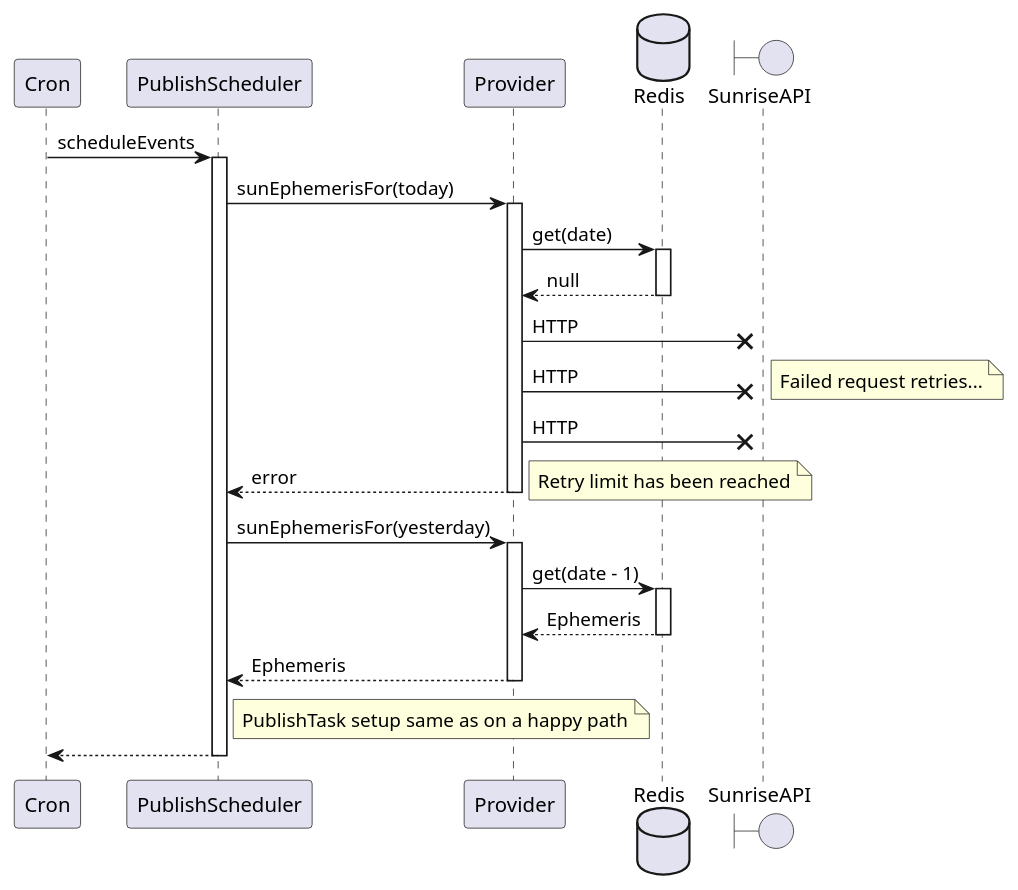
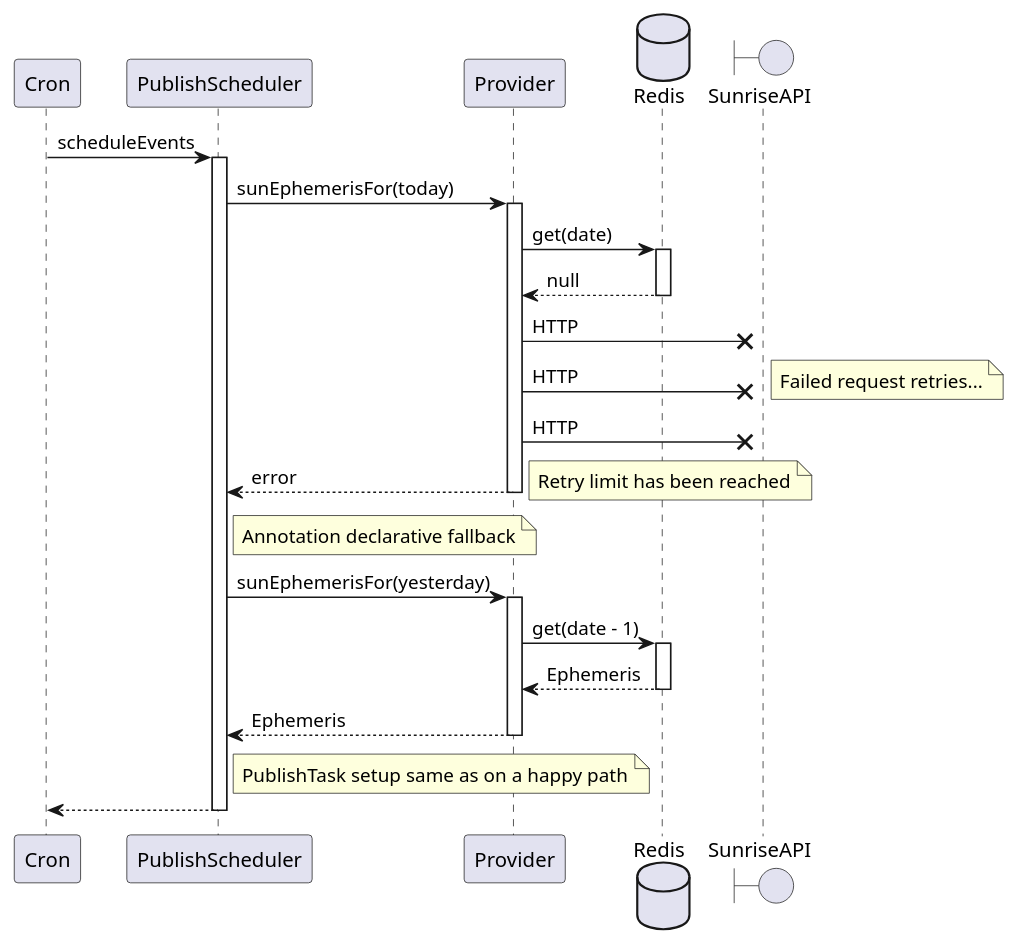
The diagram in etc/seq-alternate.puml (mwierzchowski/sun-ephemeris), drawn with PlantUML before and after one commit.

```diff
--- a/etc/seq-alternate.puml
+++ b/etc/seq-alternate.puml
@@ -1,35 +1,36 @@
 @startuml
 
 Cron -> PublishScheduler : scheduleEvents
 activate PublishScheduler
     PublishScheduler -> Provider : sunEphemerisFor(today)
     activate Provider
         database Redis
         Provider -> Redis : get(date)
         activate Redis
             Provider <-- Redis : null
         deactivate Redis
         boundary SunriseAPI
         Provider ->x SunriseAPI : HTTP
         Provider ->x SunriseAPI : HTTP
         note right : Failed request retries...
         Provider ->x SunriseAPI : HTTP
         PublishScheduler <-- Provider : error
         note right : Retry limit has been reached
     deactivate Provider
 
+    note right of PublishScheduler : Annotation declarative fallback
     PublishScheduler -> Provider : sunEphemerisFor(yesterday)
     activate Provider
         Provider -> Redis : get(date - 1)
         activate Redis
             Provider <-- Redis : Ephemeris
         deactivate Redis
         PublishScheduler <-- Provider : Ephemeris
     deactivate Provider
 
     note right of PublishScheduler : PublishTask setup same as on a happy path
 
     Cron <-- PublishScheduler
 deactivate PublishScheduler
 
 @enduml
```
